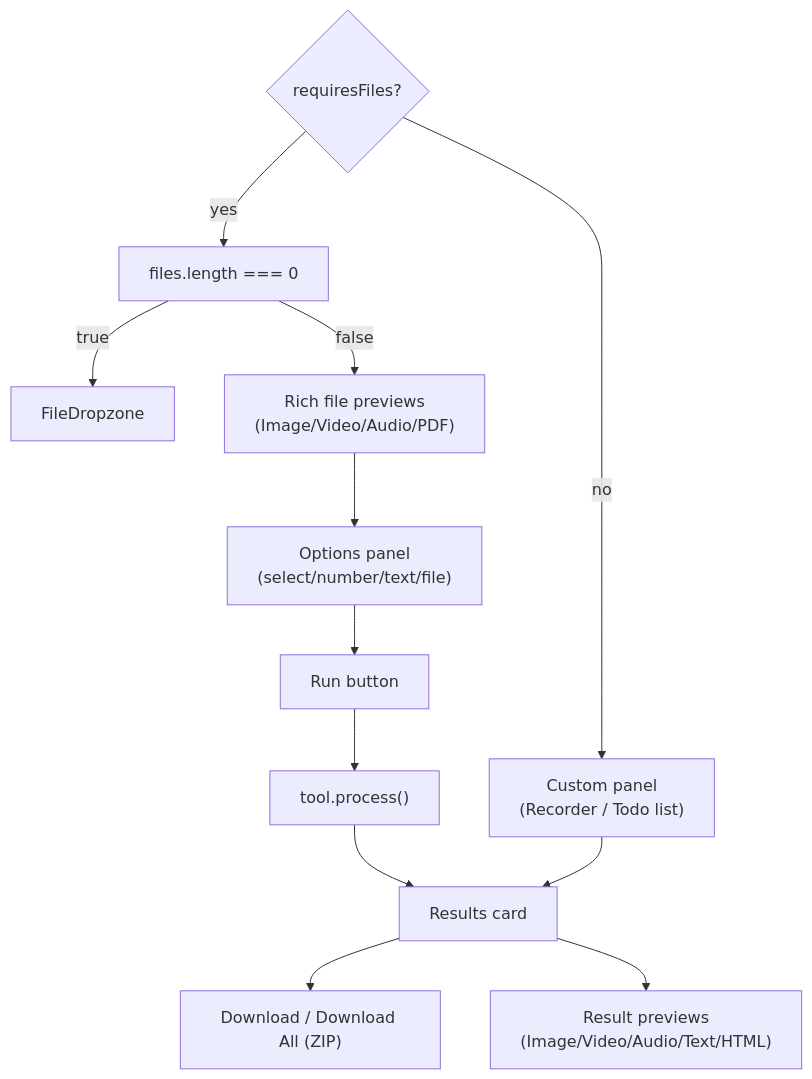
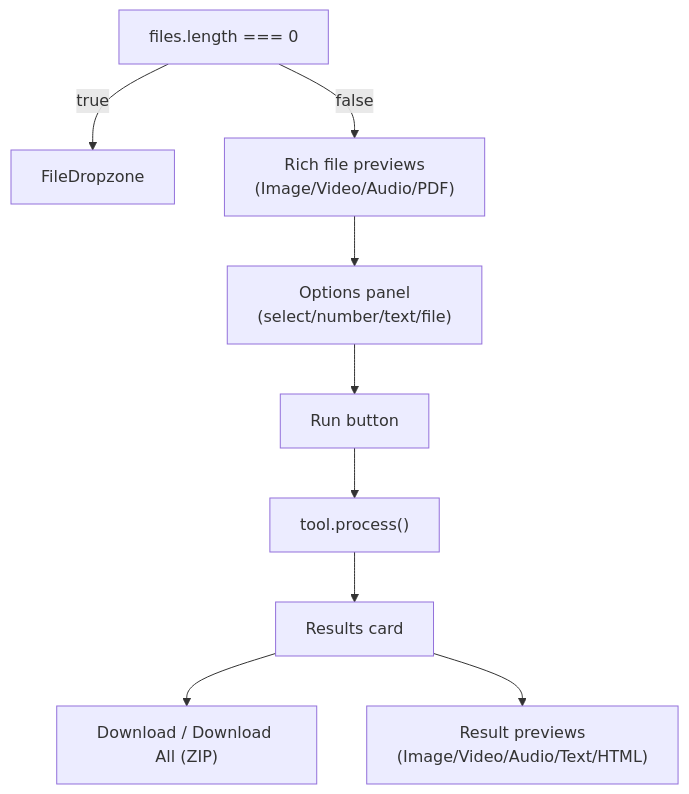
Before and after one commit to imxade/hanee: the seventh of 7 diagrams in README.md, drawn with Mermaid. The commit also changed other lines of this file and 20 other files, not shown here.

````diff
--- a/README.md
+++ b/README.md
@@ -211,14 +200,11 @@
 ```mermaid
 flowchart TD
-    MODE{"requiresFiles?"} -->|yes| START["files.length === 0"]
-    MODE -->|no| CUSTOM["Custom panel<br/>(Recorder / Todo list)"]
-    START -->|true| DROP["FileDropzone"]
+    START["files.length === 0"] -->|true| DROP["FileDropzone"]
     START -->|false| PREV["Rich file previews<br/>(Image/Video/Audio/PDF)"]
     PREV --> OPTS["Options panel<br/>(select/number/text/file)"]
     OPTS --> RUN["Run button"]
     RUN --> PROC["tool.process()"]
     PROC --> RES["Results card"]
     RES --> DL["Download / Download All (ZIP)"]
     RES --> RPREV["Result previews<br/>(Image/Video/Audio/Text/HTML)"]
-    CUSTOM --> RES
 ```
````
